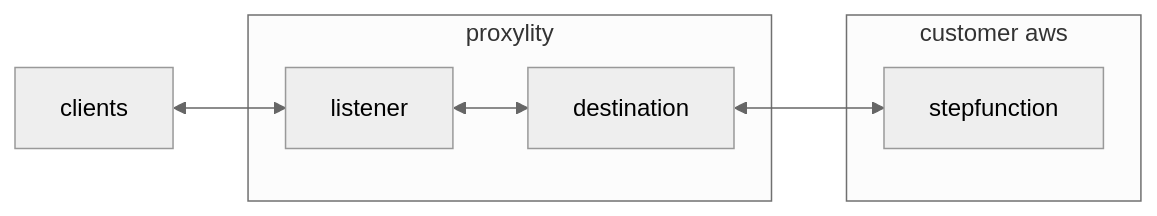
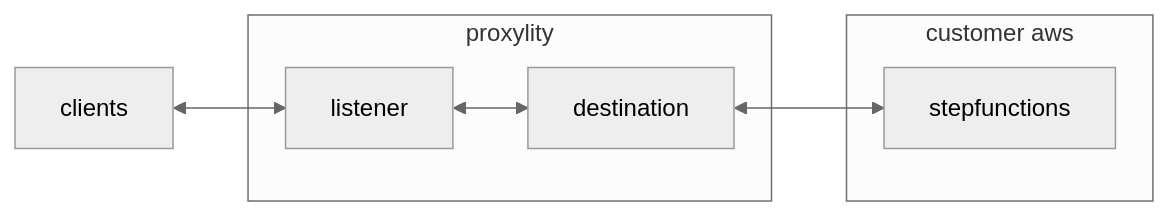
Before and after one commit to proxylity/examples: the diagram in packet-counter-sfn/readme.md, drawn with Mermaid (neutral theme). The commit also changed other lines of this file, not shown here.

````diff
--- a/packet-counter-sfn/readme.md
+++ b/packet-counter-sfn/readme.md
@@ -13,14 +13,14 @@
 ```mermaid
 graph LR
 
 subgraph proxylity
 listener
 destination
 end
 
 subgraph customer aws
-stepfunction
+stepfunctions
 end
 
-clients<-->listener<-->destination<-->stepfunction
+clients<-->listener<-->destination<-->stepfunctions
 ```
````
